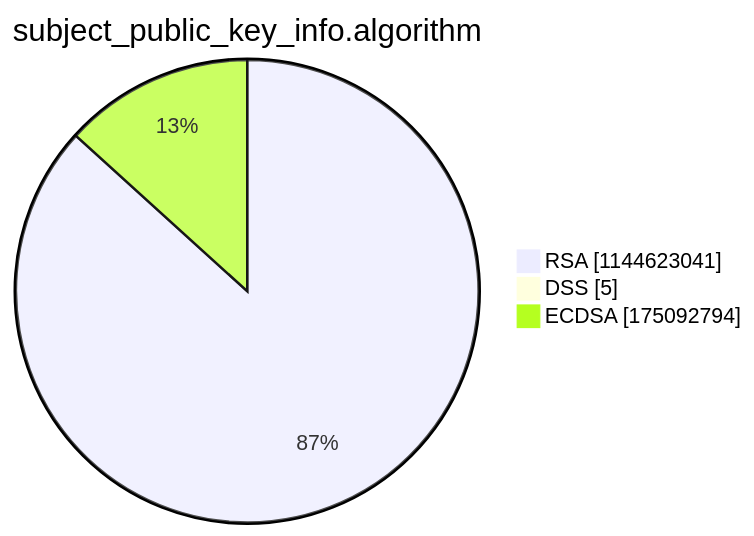
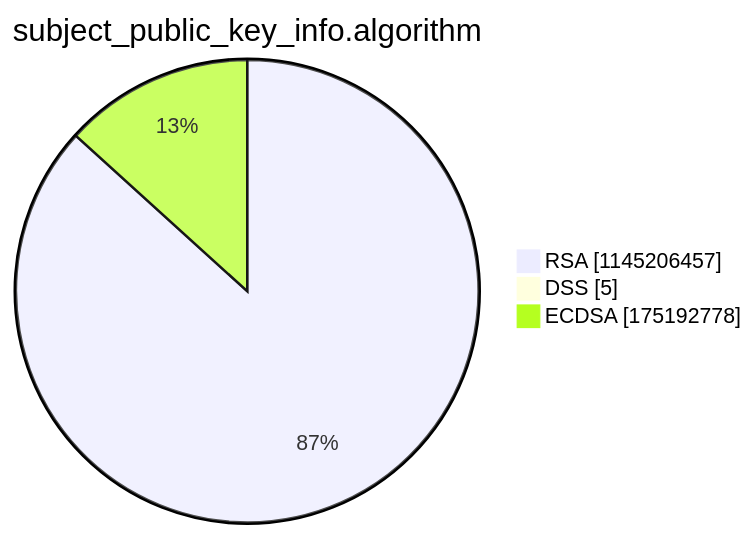
The third of 15 diagrams in argon2022/README.md (christiankrug/ctmonitor_visualization), drawn with Mermaid before and after one commit. The commit also changed other lines of this file, not shown here.

````diff
--- a/argon2022/README.md
+++ b/argon2022/README.md
@@ -14,7 +14,7 @@
 ```mermaid
 pie showData
 title subject_public_key_info.algorithm
-"RSA" :1144623041
+"RSA" :1145206457
 "DSS" :5
-"ECDSA" :175092794
+"ECDSA" :175192778
 ```
````
